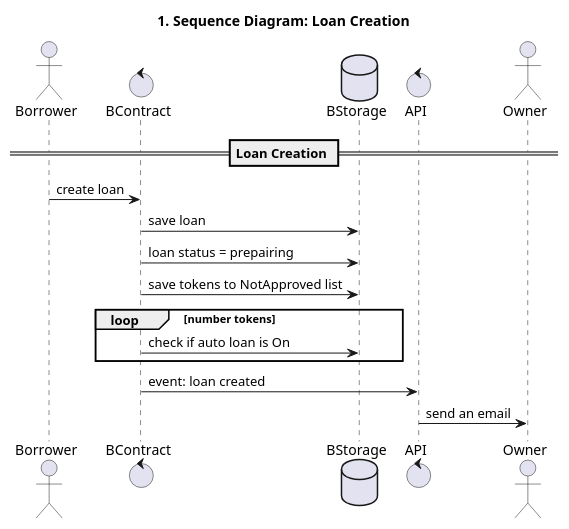
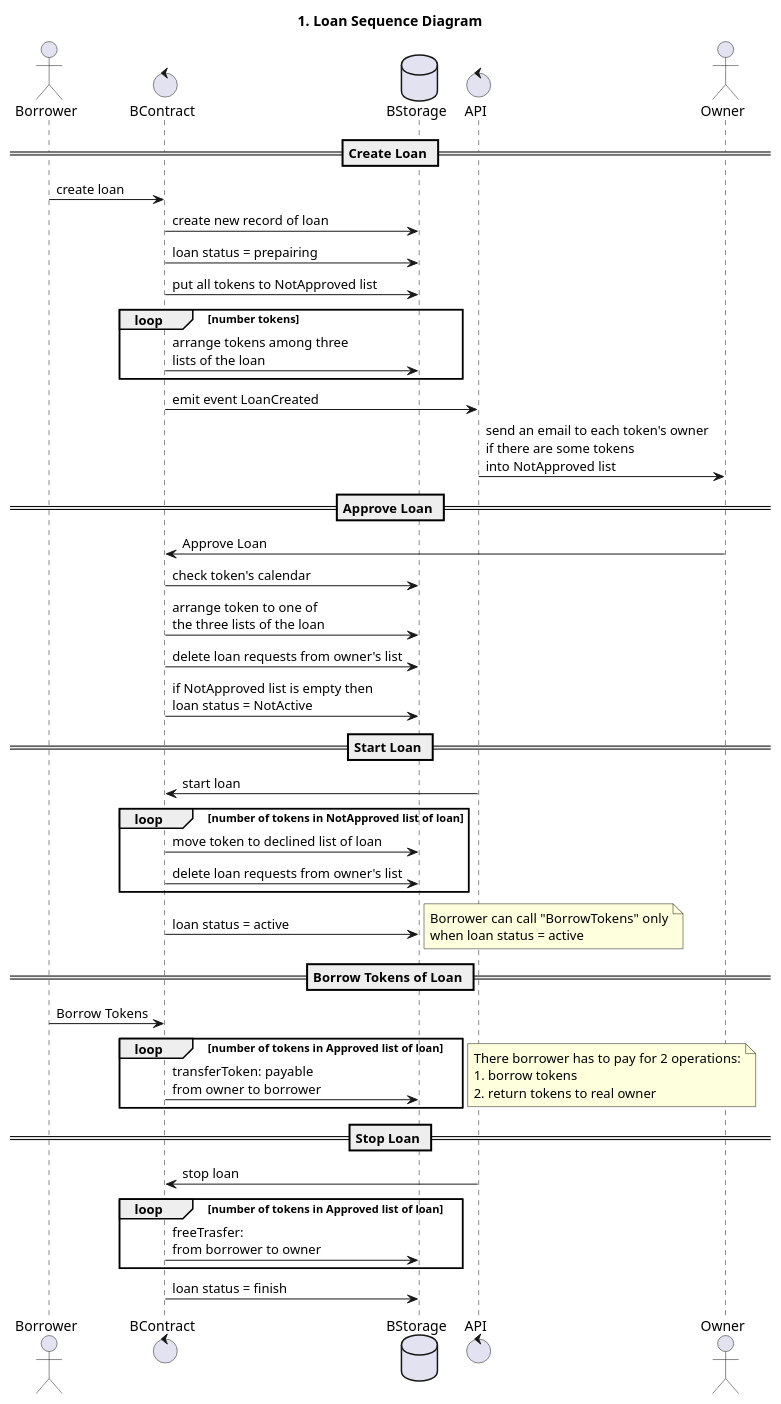
The diagram in diagrams/src/1. Sequence - Loan Creation.wsd (snarkdotart/snarkcontract), drawn with PlantUML before and after one commit. The commit also changed 3 other files, not shown here.

Commit message:
Update UML diagrams

```diff
--- a/diagrams/src/1. Sequence - Loan Creation.wsd
+++ b/diagrams/src/1. Sequence - Loan Creation.wsd
@@ -1,26 +1,67 @@
 @startuml
 
-title 1. Sequence Diagram: Loan Creation
+title 1. Loan Sequence Diagram
 
 actor Borrower
 control BContract
 database BStorage
 control API
 actor Owner
 
-== Loan Creation ==
+== Create Loan ==
 
 Borrower -> BContract: create loan
-BContract -> BStorage: save loan
+BContract -> BStorage: create new record of loan
 BContract -> BStorage: loan status = prepairing
-BContract -> BStorage: save tokens to NotApproved list
+BContract -> BStorage: put all tokens to NotApproved list
 
 loop number tokens
-  BContract -> BStorage: check if auto loan is On
-  
+  BContract -> BStorage: arrange tokens among three\nlists of the loan
 end
 
-BContract -> API: event: loan created
-API -> Owner: send an email
+BContract -> API: emit event LoanCreated
+API -> Owner: send an email to each token's owner\nif there are some tokens\ninto NotApproved list
+
+== Approve Loan ==
+
+Owner -> BContract: Approve Loan
+BContract -> BStorage: check token's calendar
+BContract -> BStorage: arrange token to one of\nthe three lists of the loan
+BContract -> BStorage: delete loan requests from owner's list
+BContract -> BStorage: if NotApproved list is empty then\nloan status = NotActive
+
+== Start Loan ==
+
+API -> BContract: start loan
+loop number of tokens in NotApproved list of loan
+  BContract -> BStorage: move token to declined list of loan
+  BContract -> BStorage: delete loan requests from owner's list
+end
+BContract -> BStorage: loan status = active
+note right
+  Borrower can call "BorrowTokens" only
+  when loan status = active
+end note 
+
+
+== Borrow Tokens of Loan ==
+
+Borrower -> BContract: Borrow Tokens
+loop number of tokens in Approved list of loan
+  BContract -> BStorage: transferToken: payable\nfrom owner to borrower 
+end
+note right
+  There borrower has to pay for 2 operations:
+  1. borrow tokens
+  2. return tokens to real owner
+end note
+
+== Stop Loan ==
+
+API -> BContract: stop loan
+loop number of tokens in Approved list of loan
+  BContract -> BStorage: freeTrasfer: \nfrom borrower to owner
+end
+BContract -> BStorage: loan status = finish
 
 @enduml
```
